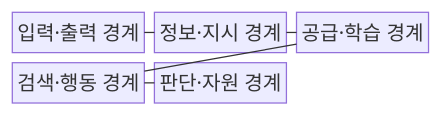
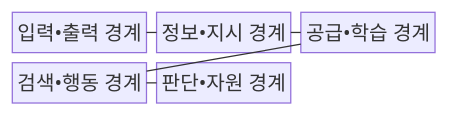
Before and after one commit to agnusdei1207/knowledge-base: the first of 2 diagrams in src/content/docs/notes/08-latest-tech/125_owasp_llm_top_10.md, drawn with Mermaid. The commit also changed other lines of this file and 953 other files, not shown here.

````diff
--- a/src/content/docs/notes/08-latest-tech/125_owasp_llm_top_10.md
+++ b/src/content/docs/notes/08-latest-tech/125_owasp_llm_top_10.md
@@ -70,13 +70,13 @@
 ```mermaid
 block-beta
   columns 3
-  io["입력·출력 경계"]
-  info["정보·지시 경계"]
-  supply["공급·학습 경계"]
-  action["검색·행동 경계"]
-  resource["판단·자원 경계"]
+  io["입력•출력 경계"]
+  info["정보•지시 경계"]
+  supply["공급•학습 경계"]
+  action["검색•행동 경계"]
+  resource["판단•자원 경계"]
   io --- info
   info --- supply
   supply --- action
   action --- resource
 ```
````
